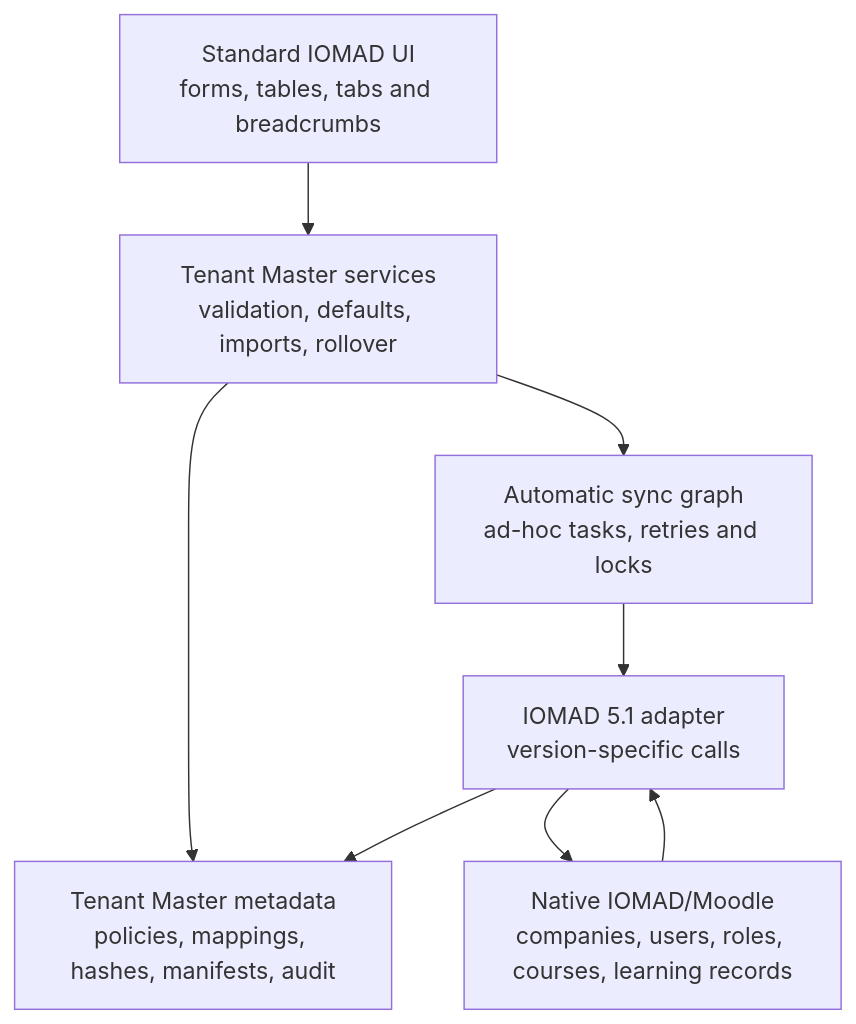
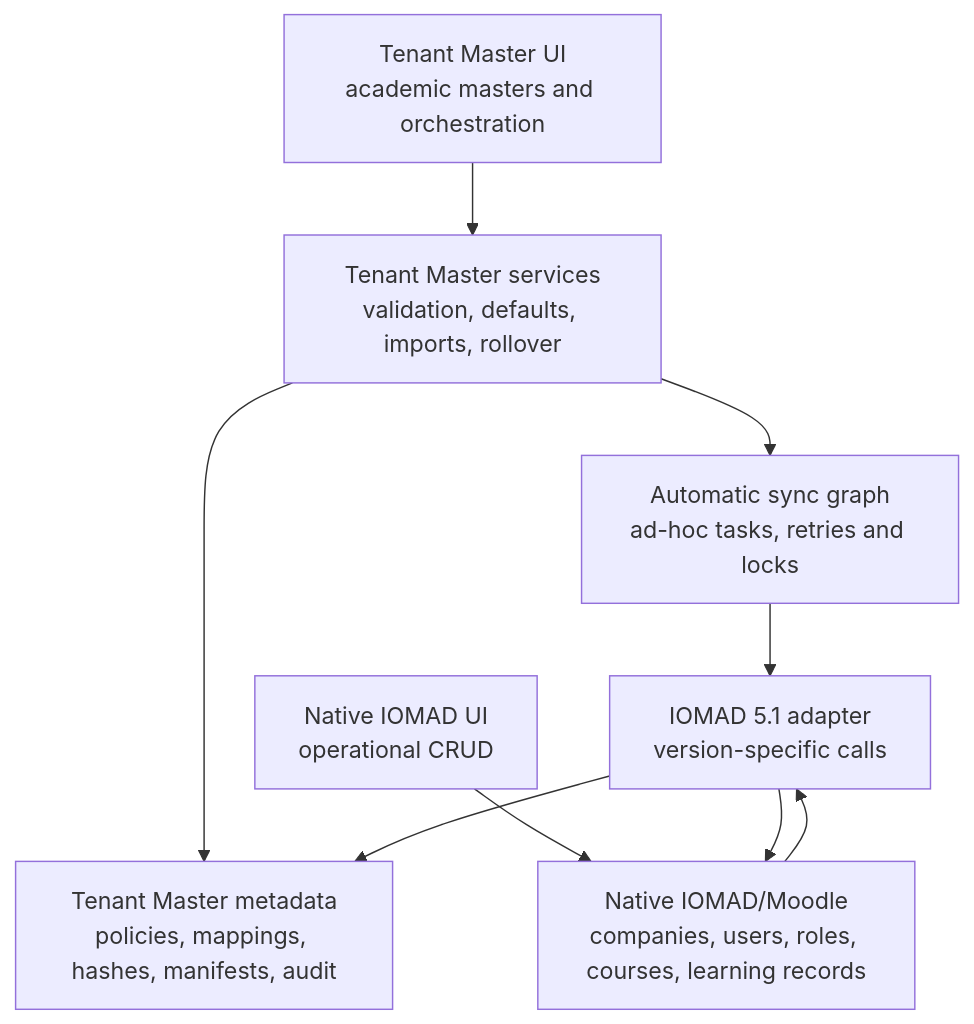
One commit to hardikidea/iomad_learning changed the first of 2 diagrams in docs/tenant-master/architecture.md. Above: the diagram before and after it, drawn with Mermaid. The commit also changed other lines of this file and 40 other files, not shown here.

Commit message:
Refactor Tenant Master initialization to adopt existing native companies without duplicating data; update version to 1.2.0 and enhance documentation for native-first administration.

````diff
--- a/docs/tenant-master/architecture.md
+++ b/docs/tenant-master/architecture.md
@@ -8,17 +8,19 @@
 ```mermaid
 flowchart TB
-    UI["Standard IOMAD UI<br/>forms, tables, tabs and breadcrumbs"]
+    UI["Tenant Master UI<br/>academic masters and orchestration"]
+    IOMADUI["Native IOMAD UI<br/>operational CRUD"]
     APP["Tenant Master services<br/>validation, defaults, imports, rollover"]
     QUEUE["Automatic sync graph<br/>ad-hoc tasks, retries and locks"]
     ADAPTER["IOMAD 5.1 adapter<br/>version-specific calls"]
     NATIVE["Native IOMAD/Moodle<br/>companies, users, roles, courses, learning records"]
     META["Tenant Master metadata<br/>policies, mappings, hashes, manifests, audit"]
 
     UI --> APP
+    IOMADUI --> NATIVE
     APP --> META
     APP --> QUEUE
     QUEUE --> ADAPTER
     ADAPTER --> NATIVE
     NATIVE --> ADAPTER
     ADAPTER --> META
 ```
````
